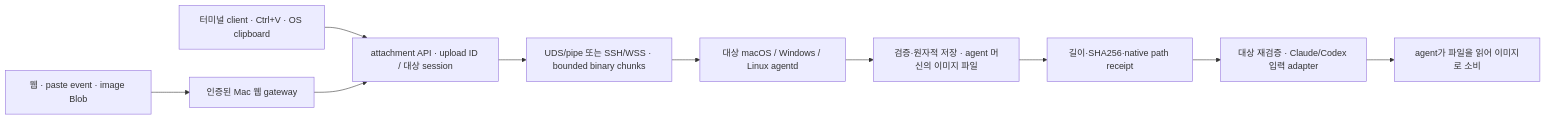
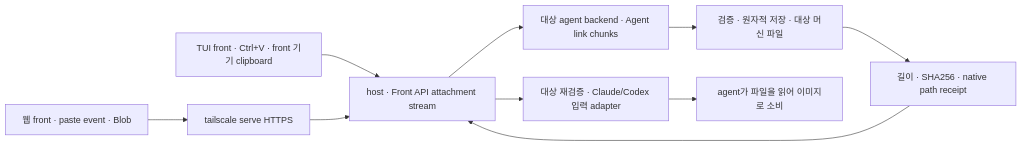
Before and after one commit to cLazyZombie/aa: the second of 2 diagrams in docs/plan.md, drawn with Mermaid. The commit also changed other lines of this file and 3 other files, not shown here.

````diff
--- a/docs/plan.md
+++ b/docs/plan.md
@@ -183,12 +548,11 @@
 ```mermaid
 flowchart LR
-  T[터미널 client · Ctrl+V · OS clipboard] --> A[attachment API · upload ID / 대상 session]
-  B[웹 · paste event · image Blob] --> G[인증된 Mac 웹 gateway]
-  G --> A
-  A --> X[UDS/pipe 또는 SSH/WSS · bounded binary chunks]
-  X --> M[대상 macOS / Windows / Linux agentd]
-  M --> F[검증·원자적 저장 · agent 머신의 이미지 파일]
-  F --> R[길이·SHA256·native path receipt]
-  R --> P[대상 재검증 · Claude/Codex 입력 adapter]
+  T[TUI front · Ctrl+V · front 기기 clipboard] --> H[host · Front API attachment stream]
+  B[웹 front · paste event · Blob] --> S[tailscale serve HTTPS] --> H
+  H --> A[대상 agent backend · Agent link chunks]
+  A --> F[검증 · 원자적 저장 · 대상 머신 파일]
+  F --> R[길이 · SHA256 · native path receipt]
+  R --> H
+  H --> P[대상 재검증 · Claude/Codex 입력 adapter]
   P --> I[agent가 파일을 읽어 이미지로 소비]
 ```
````
